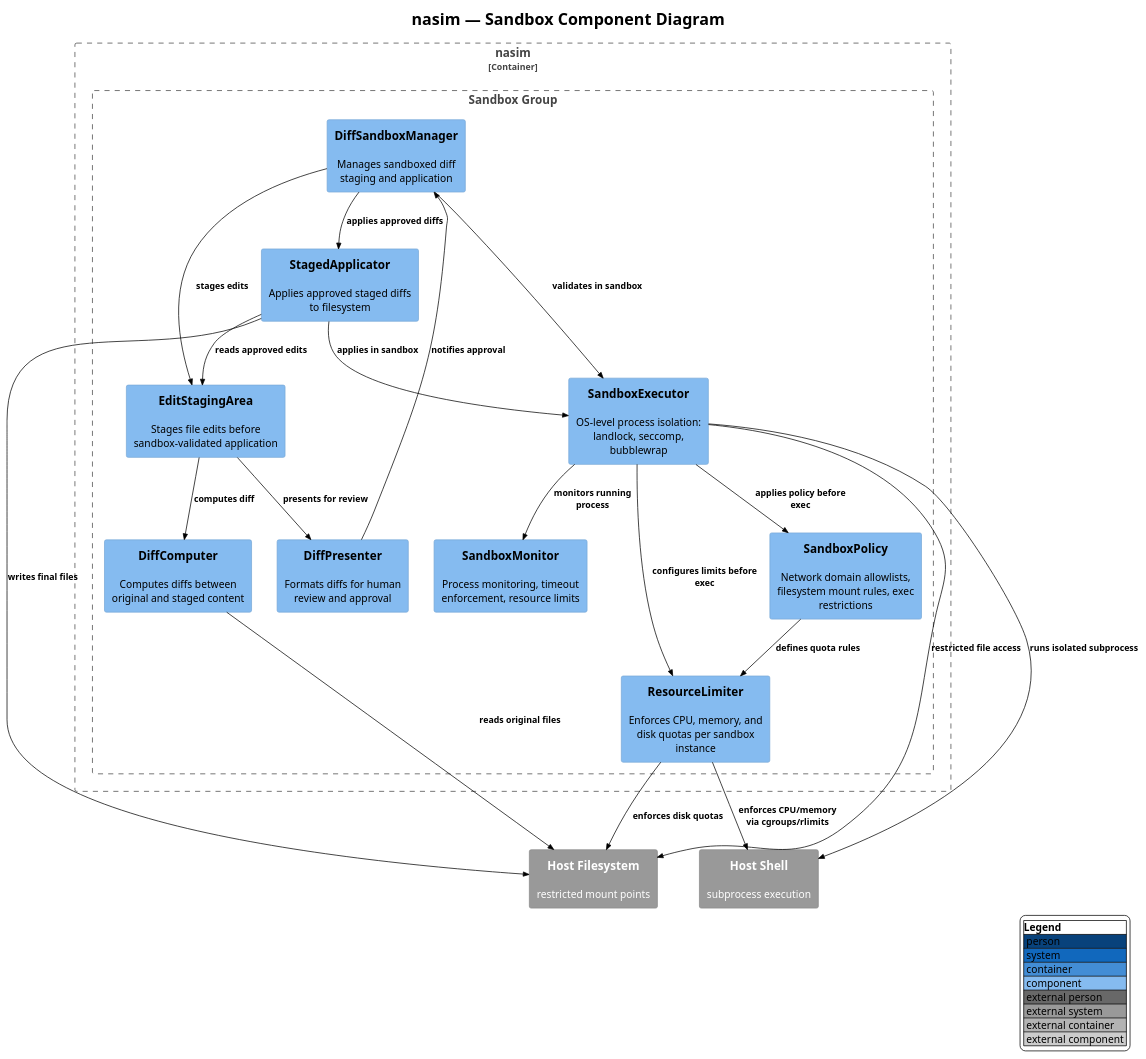
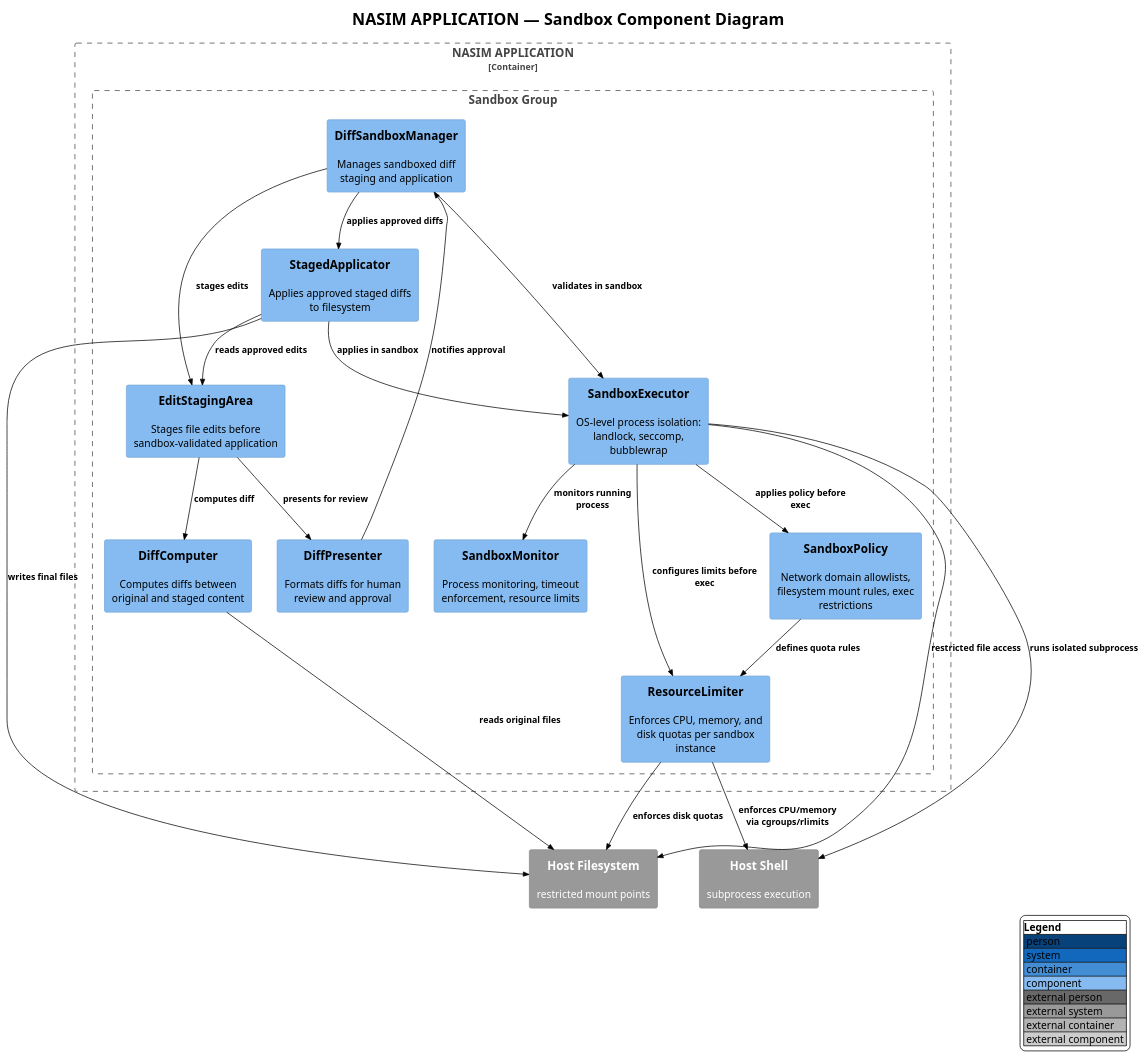
Before and after one commit to salimnamvar/nasim: the diagram in docs/C4/c4_nasim_component_sandbox.puml, drawn with PlantUML. The commit also changed 21 other files, not shown here.

Commit message:
docs: Update C4 diagrams to reflect NASIM APPLICATION branding and improve consistency

```diff
--- a/docs/C4/c4_nasim_component_sandbox.puml
+++ b/docs/C4/c4_nasim_component_sandbox.puml
@@ -1,55 +1,55 @@
 @startuml c4_nasim_component_sandbox
 !include https://raw.githubusercontent.com/plantuml-stdlib/C4-PlantUML/v2.10.0/C4_Component.puml
 !theme plain
 
 
 ' ============================================================
-' Title:     nasim — Sandbox Component Diagram
-' Boundary:  nasim (container) — Sandbox Group
+' Title:     NASIM APPLICATION — Sandbox Component Diagram
+' Boundary:  NASIM APPLICATION (container) — Sandbox Group
 ' Purpose:   OS-level process isolation and diff staging for shell and edit operations
 ' Milestone: v1.0
 ' Version:   9.0.0
 ' Source:    docs/audit/audit.2026.06.20.deep.domain.audit.md
 ' Review:    —
 ' ============================================================
 
 LAYOUT_WITH_LEGEND()
-title nasim — Sandbox Component Diagram
+title NASIM APPLICATION — Sandbox Component Diagram
 
-Container_Boundary(nasim, "nasim") {
+Container_Boundary(nasim_application, "NASIM APPLICATION") {
     Boundary(sandbox_group, "Sandbox Group") {
         Component(sandbox_executor, "SandboxExecutor", "", "OS-level process isolation: landlock, seccomp, bubblewrap")
         Component(sandbox_policy, "SandboxPolicy", "", "Network domain allowlists, filesystem mount rules, exec restrictions")
         Component(sandbox_monitor, "SandboxMonitor", "", "Process monitoring, timeout enforcement, resource limits")
         Component(resource_limiter, "ResourceLimiter", "", "Enforces CPU, memory, and disk quotas per sandbox instance")
         Component(diff_sandbox_mgr, "DiffSandboxManager", "", "Manages sandboxed diff staging and application")
         Component(edit_staging_area, "EditStagingArea", "", "Stages file edits before sandbox-validated application")
         Component(diff_computer, "DiffComputer", "", "Computes diffs between original and staged content")
         Component(diff_presenter, "DiffPresenter", "", "Formats diffs for human review and approval")
         Component(staged_applicator, "StagedApplicator", "", "Applies approved staged diffs to filesystem")
     }
 }
 
 System_Ext(host_shell, "Host Shell", "subprocess execution")
 System_Ext(host_fs, "Host Filesystem", "restricted mount points")
 
 Rel(sandbox_executor, sandbox_policy, "applies policy before exec")
 Rel(sandbox_executor, sandbox_monitor, "monitors running process")
 Rel(sandbox_executor, resource_limiter, "configures limits before exec")
 Rel(sandbox_policy, resource_limiter, "defines quota rules")
 Rel(resource_limiter, host_fs, "enforces disk quotas")
 Rel(resource_limiter, host_shell, "enforces CPU/memory via cgroups/rlimits")
 Rel(sandbox_executor, host_shell, "runs isolated subprocess")
 Rel(sandbox_executor, host_fs, "restricted file access")
 Rel(diff_sandbox_mgr, edit_staging_area, "stages edits")
 Rel(diff_sandbox_mgr, sandbox_executor, "validates in sandbox")
 Rel(edit_staging_area, diff_computer, "computes diff")
 Rel(edit_staging_area, diff_presenter, "presents for review")
 Rel(diff_computer, host_fs, "reads original files")
 Rel(staged_applicator, edit_staging_area, "reads approved edits")
 Rel(staged_applicator, sandbox_executor, "applies in sandbox")
 Rel(staged_applicator, host_fs, "writes final files")
 Rel(diff_presenter, diff_sandbox_mgr, "notifies approval")
 Rel(diff_sandbox_mgr, staged_applicator, "applies approved diffs")
 
 @enduml
```
